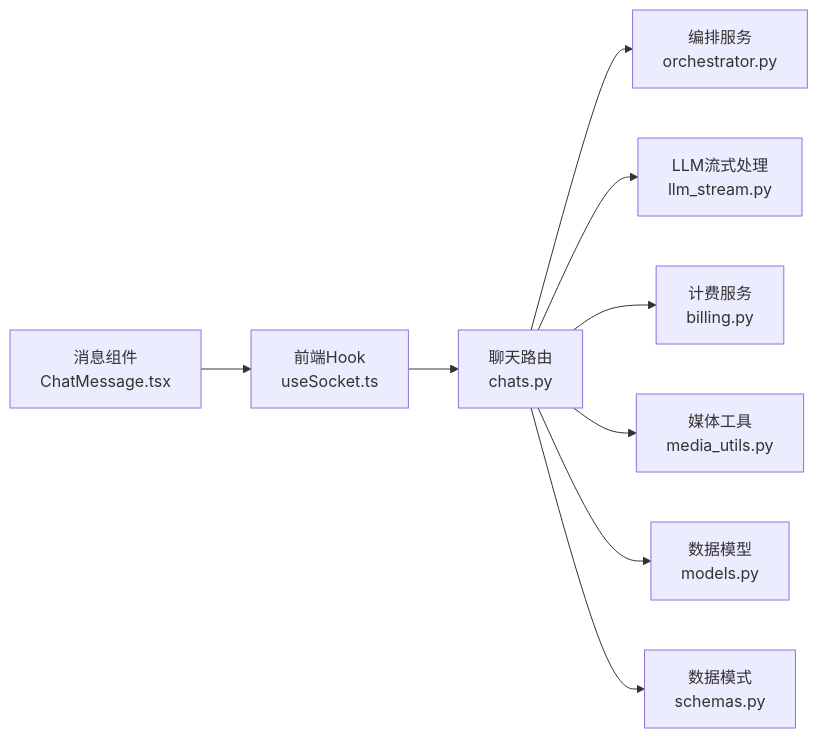
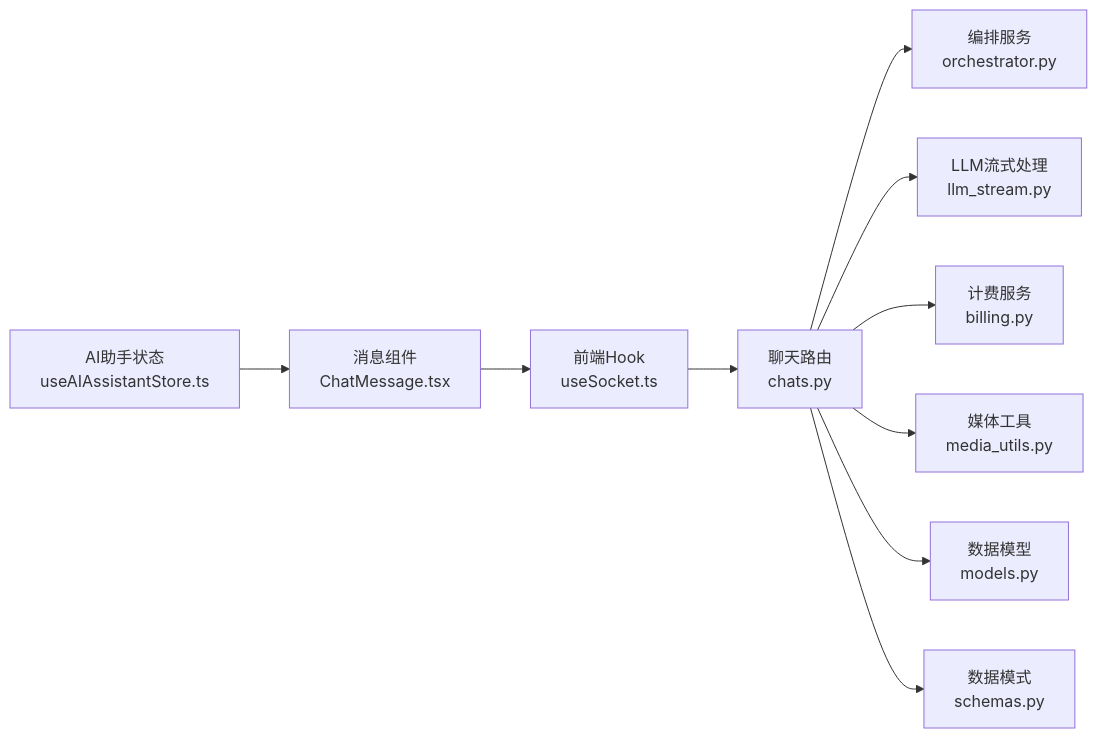
Before and after one commit to KunLabAI/KunFlix: the tenth of 10 diagrams in .qoder/repowiki/zh/content/后端服务架构/API路由层/聊天对话路由.md, drawn with Mermaid. The commit also changed other lines of this file and 4 other files, not shown here.

````diff
--- a/.qoder/repowiki/zh/content/后端服务架构/API路由层/聊天对话路由.md
+++ b/.qoder/repowiki/zh/content/后端服务架构/API路由层/聊天对话路由.md
@@ -349,11 +437,12 @@
 ```mermaid
 graph LR
 R["聊天路由<br/>chats.py"] --> O["编排服务<br/>orchestrator.py"]
 R --> S["LLM流式处理<br/>llm_stream.py"]
 R --> B["计费服务<br/>billing.py"]
 R --> M["媒体工具<br/>media_utils.py"]
 R --> D["数据模型<br/>models.py"]
 R --> SC["数据模式<br/>schemas.py"]
 F["前端Hook<br/>useSocket.ts"] --> R
 F2["消息组件<br/>ChatMessage.tsx"] --> F
+F3["AI助手状态<br/>useAIAssistantStore.ts"] --> F2
 ```
````
